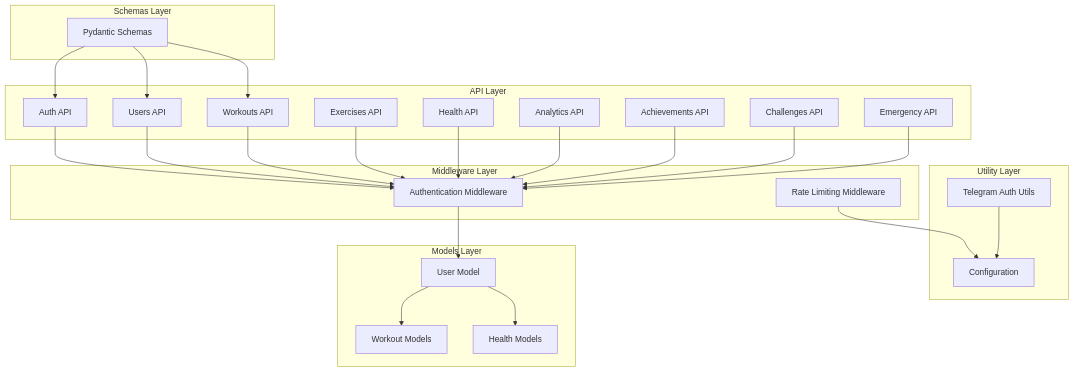
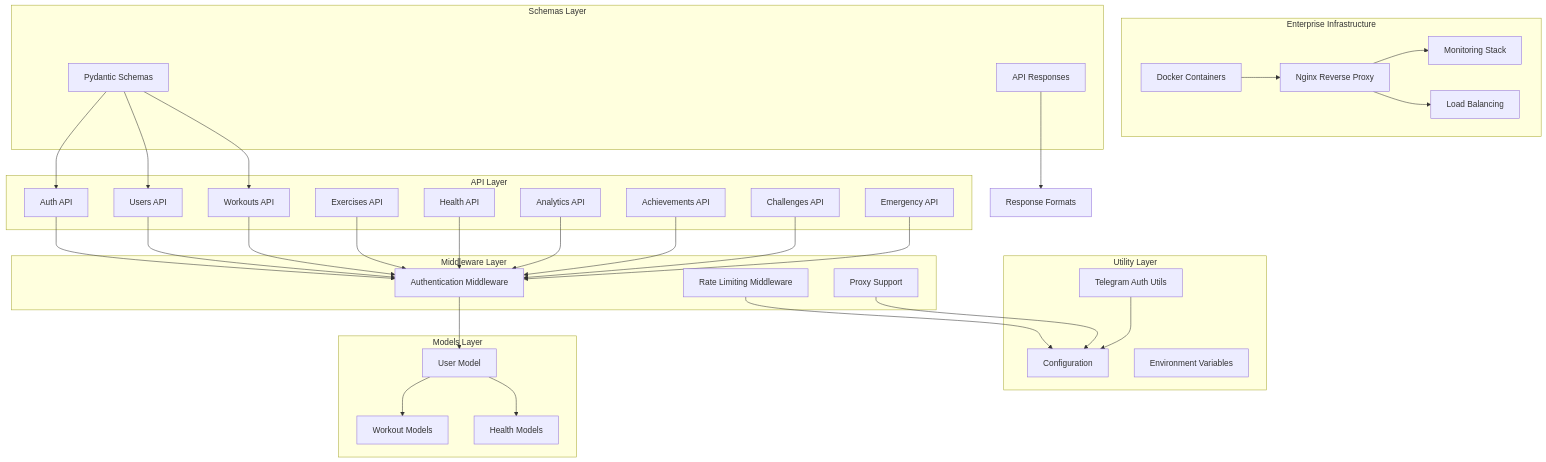
Before and after one commit to nilsnavi/fit_trackerpro: the first of 6 diagrams in .qoder/repowiki/en/content/Backend API Documentation/Backend API Documentation.md, drawn with Mermaid. The commit also changed other lines of this file and 26 other files, not shown here.

````diff
--- a/.qoder/repowiki/en/content/Backend API Documentation/Backend API Documentation.md
+++ b/.qoder/repowiki/en/content/Backend API Documentation/Backend API Documentation.md
@@ -40,47 +64,61 @@
 ```mermaid
 graph TB
+subgraph "Enterprise Infrastructure"
+A[Docker Containers]
+B[Nginx Reverse Proxy]
+C[Monitoring Stack]
+D[Load Balancing]
+end
 subgraph "API Layer"
-A[Auth API]
-B[Users API]
-C[Workouts API]
-D[Exercises API]
-E[Health API]
-F[Analytics API]
-G[Achievements API]
-H[Challenges API]
-I[Emergency API]
+E[Auth API]
+F[Users API]
+G[Workouts API]
+H[Exercises API]
+I[Health API]
+J[Analytics API]
+K[Achievements API]
+L[Challenges API]
+M[Emergency API]
 end
 subgraph "Middleware Layer"
-J[Authentication Middleware]
-K[Rate Limiting Middleware]
+N[Authentication Middleware]
+O[Rate Limiting Middleware]
+P[Proxy Support]
 end
 subgraph "Utility Layer"
-L[Telegram Auth Utils]
-M[Configuration]
+Q[Telegram Auth Utils]
+R[Configuration]
+S[Environment Variables]
 end
 subgraph "Models Layer"
-N[User Model]
-O[Workout Models]
-P[Health Models]
+T[User Model]
+U[Workout Models]
+V[Health Models]
 end
 subgraph "Schemas Layer"
-Q[Pydantic Schemas]
+W[Pydantic Schemas]
+X[API Responses]
 end
-A --> J
-B --> J
-C --> J
-D --> J
-E --> J
-F --> J
-G --> J
-H --> J
-I --> J
+A --> B
+B --> C
+B --> D
+E --> N
+F --> N
+G --> N
+H --> N
+I --> N
 J --> N
-K --> M
-L --> M
-N --> O
-N --> P
-Q --> A
-Q --> B
-Q --> C
+K --> N
+L --> N
+M --> N
+N --> T
+O --> R
+P --> R
+Q --> R
+T --> U
+T --> V
+W --> E
+W --> F
+W --> G
+X --> Y[Response Formats]
 ```
````
